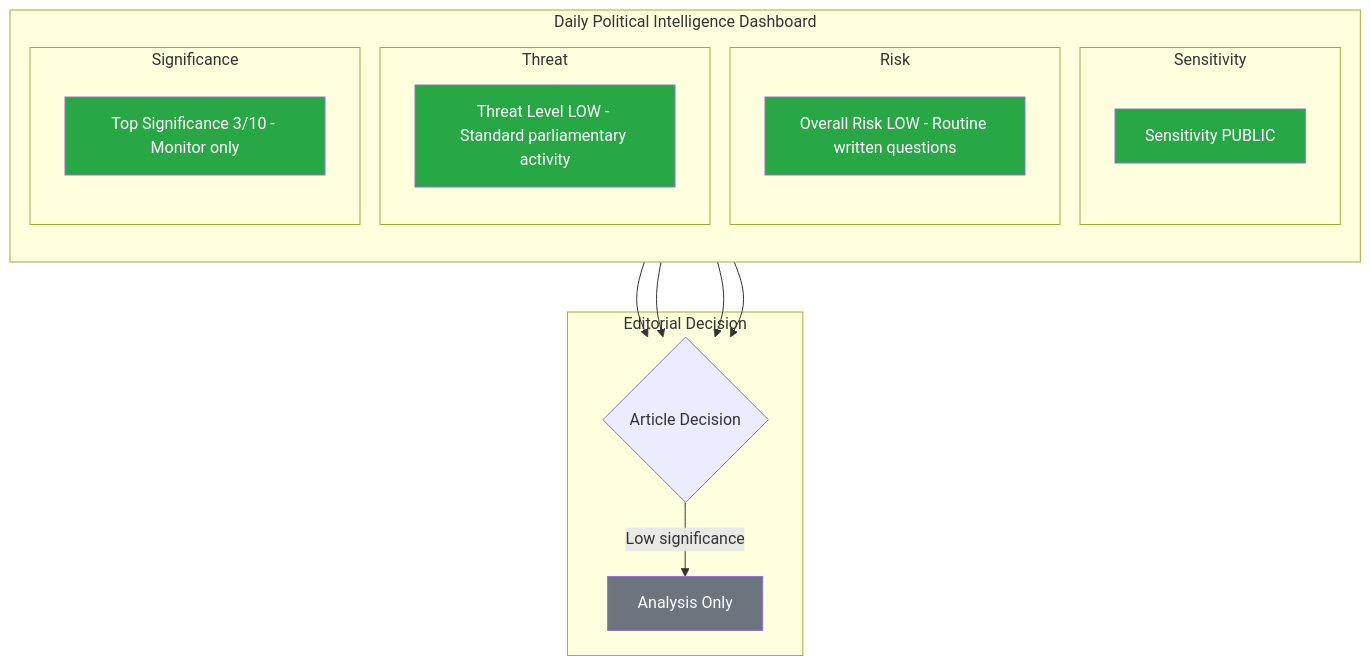
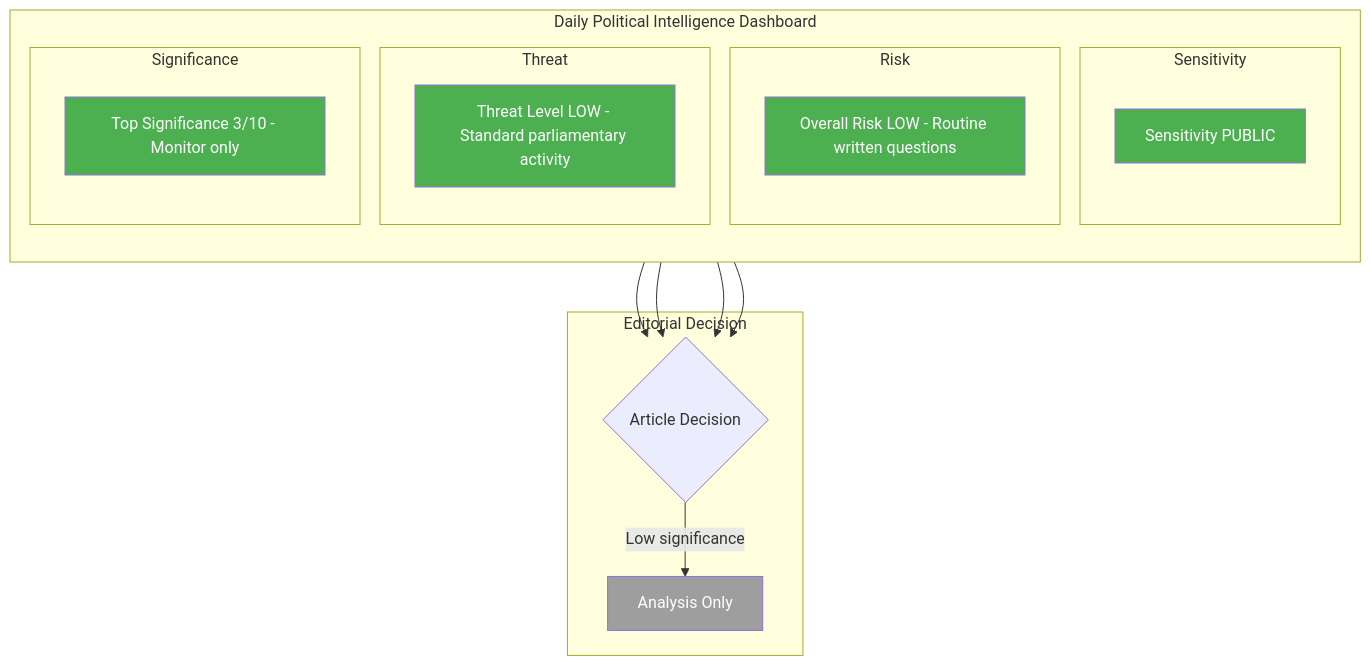
The first of 2 diagrams in analysis/daily/2026-04-10/realtime-1026/synthesis-summary.md (Hack23/riksdagsmonitor), drawn with Mermaid before and after one commit. The commit also changed other lines of this file and 785 other files, not shown here.

First line of the commit message:
Normalize mermaid colors across 786 analysis artifacts to ISMS Style Guide palette

````diff
--- a/analysis/daily/2026-04-10/realtime-1026/synthesis-summary.md
+++ b/analysis/daily/2026-04-10/realtime-1026/synthesis-summary.md
@@ -20,34 +20,34 @@
 ```mermaid
 graph TD
     subgraph Daily Political Intelligence Dashboard
         direction TB
         subgraph Sensitivity
             CLS[Sensitivity PUBLIC]
         end
         subgraph Risk
             RSK[Overall Risk LOW - Routine written questions]
         end
         subgraph Threat
             THR[Threat Level LOW - Standard parliamentary activity]
         end
         subgraph Significance
             SIG[Top Significance 3/10 - Monitor only]
         end
     end
 
     subgraph Editorial Decision
         DEC{Article Decision}
         DEC -->|Low significance| MON[Analysis Only]
     end
 
     CLS --> DEC
     RSK --> DEC
     THR --> DEC
     SIG --> DEC
 
-    style CLS fill:#28a745,color:#fff
-    style RSK fill:#28a745,color:#fff
-    style THR fill:#28a745,color:#fff
-    style SIG fill:#28a745,color:#fff
-    style MON fill:#6c757d,color:#fff
+    style CLS fill:#4CAF50,color:#FFFFFF
+    style RSK fill:#4CAF50,color:#FFFFFF
+    style THR fill:#4CAF50,color:#FFFFFF
+    style SIG fill:#4CAF50,color:#FFFFFF
+    style MON fill:#9E9E9E,color:#FFFFFF
 ```
````
